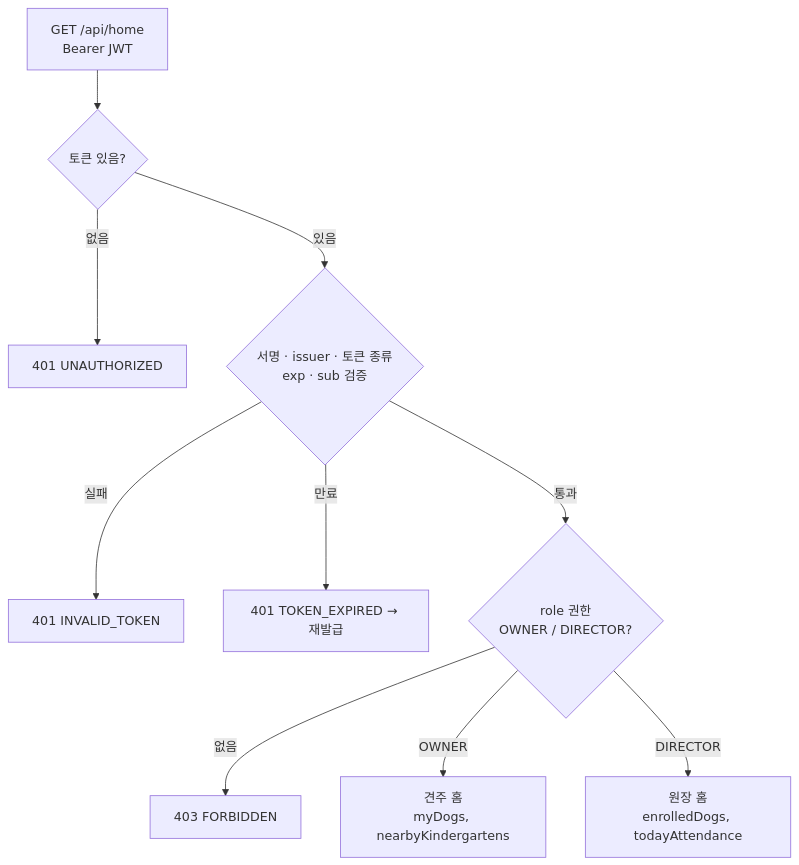
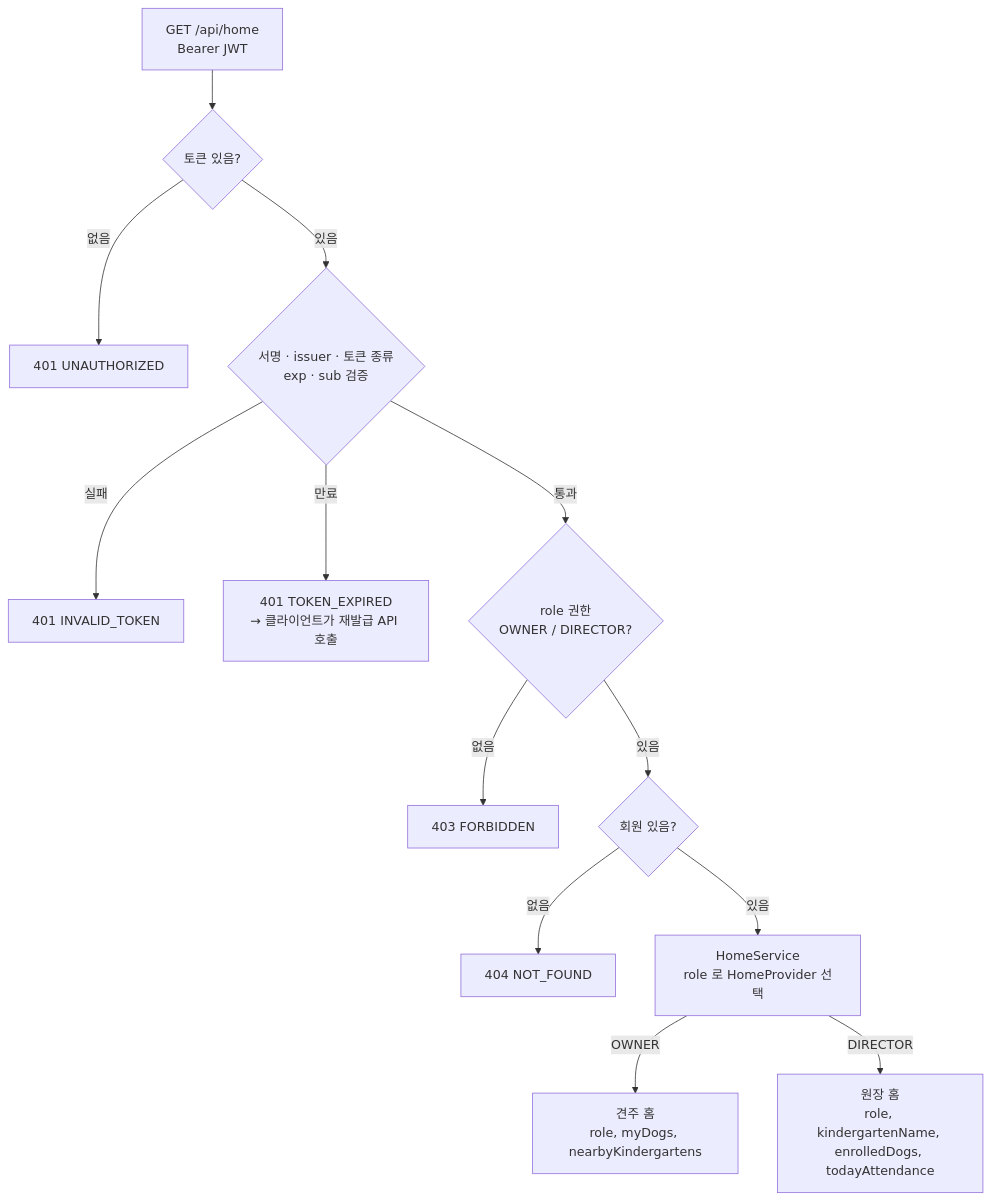
One commit to jeonchaerim/puppy-kindergarten-api changed the second of 2 diagrams in README.md. Above: the diagram before and after it, drawn with Mermaid. The commit also changed other lines of this file, not shown here.

````diff
--- a/README.md
+++ b/README.md
@@ -48,12 +48,15 @@
 ```mermaid
 flowchart TD
-    A["GET /api/home<br/>Bearer JWT"] --> B{토큰 있음?}
+    A["GET /api/home<br/>Bearer JWT"] --> B{"토큰 있음?"}
     B -- 없음 --> E1["401 UNAUTHORIZED"]
     B -- 있음 --> C{"서명 · issuer · 토큰 종류<br/>exp · sub 검증"}
     C -- 실패 --> E2["401 INVALID_TOKEN"]
-    C -- 만료 --> E3["401 TOKEN_EXPIRED → 재발급"]
+    C -- 만료 --> E3["401 TOKEN_EXPIRED<br/>→ 클라이언트가 재발급 API 호출"]
     C -- 통과 --> G{"role 권한<br/>OWNER / DIRECTOR?"}
     G -- 없음 --> E4["403 FORBIDDEN"]
-    G -- OWNER --> I["견주 홈<br/>myDogs, nearbyKindergartens"]
-    G -- DIRECTOR --> J["원장 홈<br/>enrolledDogs, todayAttendance"]
+    G -- 있음 --> H{"회원 있음?"}
+    H -- 없음 --> E5["404 NOT_FOUND"]
+    H -- 있음 --> S["HomeService<br/>role 로 HomeProvider 선택"]
+    S -- OWNER --> I["견주 홈<br/>role, myDogs, nearbyKindergartens"]
+    S -- DIRECTOR --> J["원장 홈<br/>role, kindergartenName, enrolledDogs, todayAttendance"]
 ```
````
